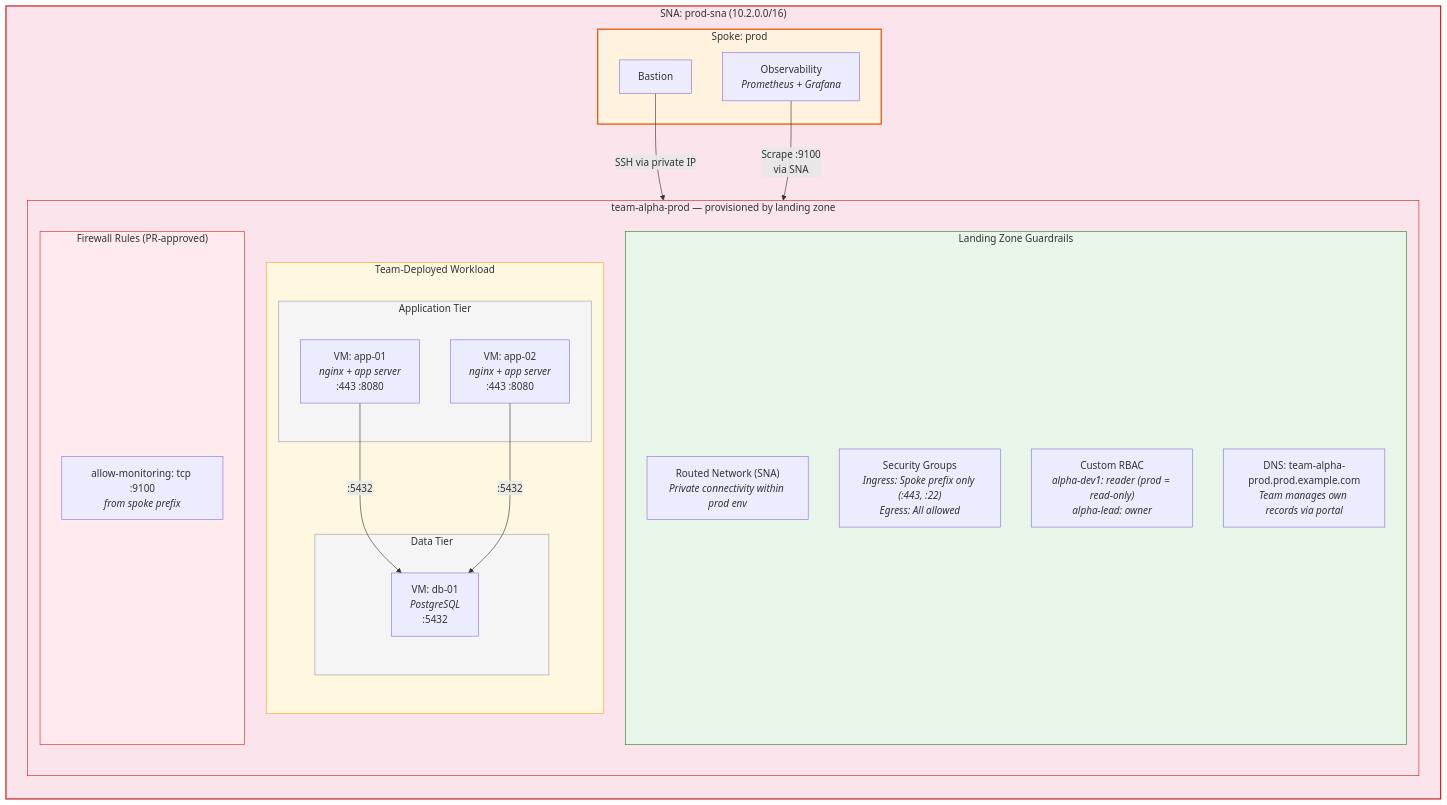
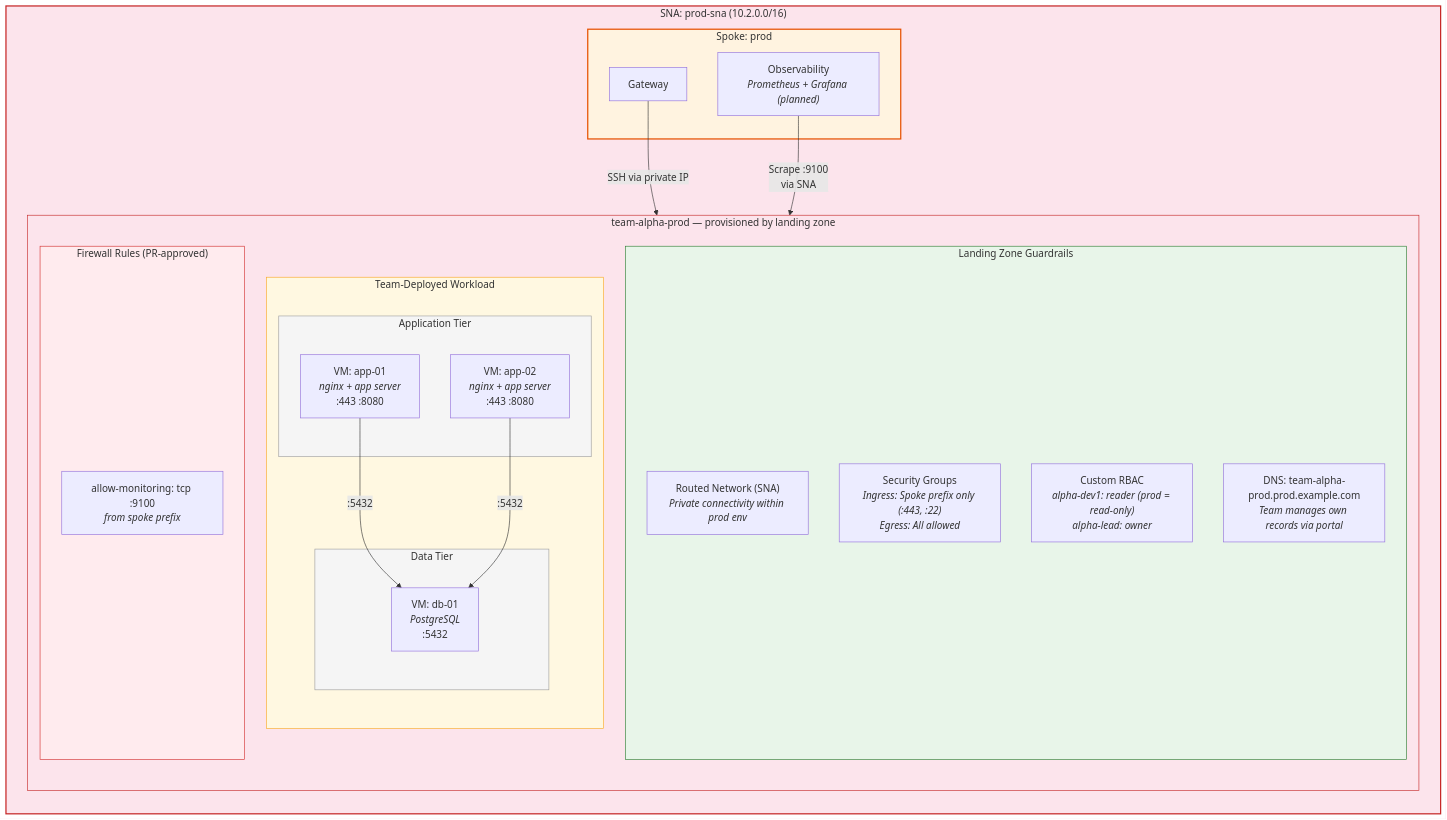
One commit to Liquid-Reply/stackit-landingzone changed the tenth of 12 diagrams in docs/architecture.md. Above: the diagram before and after it, drawn with Mermaid. The commit also changed other lines of this file and 40 other files, not shown here.

````diff
--- a/docs/architecture.md
+++ b/docs/architecture.md
@@ -399,50 +399,50 @@
 ```mermaid
 graph TB
     subgraph sna["SNA: prod-sna (10.2.0.0/16)"]
         direction TB
 
         subgraph spoke["Spoke: prod"]
-            bastion_h["Bastion"]
-            prom_h["Observability<br/><i>Prometheus + Grafana</i>"]
+            bastion_h["Gateway"]
+            prom_h["Observability<br/><i>Prometheus + Grafana (planned)</i>"]
         end
 
         subgraph project["team-alpha-prod &mdash; provisioned by landing zone"]
             direction TB
 
             subgraph guardrails["Landing Zone Guardrails"]
                 net["Routed Network (SNA)<br/><i>Private connectivity within prod env</i>"]
                 sg["Security Groups<br/><i>Ingress: Spoke prefix only (:443, :22)</i><br/><i>Egress: All allowed</i>"]
                 rbac["Custom RBAC<br/><i>alpha-dev1: reader (prod = read-only)</i><br/><i>alpha-lead: owner</i>"]
                 dns_zone["DNS: team-alpha-prod.prod.example.com<br/><i>Team manages own records via portal</i>"]
             end
 
             subgraph workload["Team-Deployed Workload"]
                 direction TB
                 subgraph app_tier["Application Tier"]
                     vm1["VM: app-01<br/><i>nginx + app server</i><br/>:443 :8080"]
                     vm2["VM: app-02<br/><i>nginx + app server</i><br/>:443 :8080"]
                 end
                 subgraph data_tier["Data Tier"]
                     db["VM: db-01<br/><i>PostgreSQL</i><br/>:5432"]
                 end
                 vm1 & vm2 -->|":5432"| db
             end
 
             subgraph fw_rules["Firewall Rules (PR-approved)"]
                 fw1["allow-monitoring: tcp :9100<br/><i>from spoke prefix</i>"]
             end
         end
     end
 
     bastion_h -->|"SSH via private IP"| net
     prom_h -->|"Scrape :9100<br/>via SNA"| fw1
 
     style sna fill:#fce4ec,stroke:#c62828,stroke-width:2px
     style spoke fill:#fff3e0,stroke:#e65100,stroke-width:2px
     style project fill:#fce4ec,stroke:#c62828,stroke-width:1px
     style guardrails fill:#e8f5e9,stroke:#2e7d32,stroke-width:1px
     style workload fill:#fff8e1,stroke:#f9a825,stroke-width:1px
     style fw_rules fill:#ffebee,stroke:#d32f2f,stroke-width:1px
     style app_tier fill:#f5f5f5,stroke:#9e9e9e,stroke-width:1px
     style data_tier fill:#f5f5f5,stroke:#9e9e9e,stroke-width:1px
 ```
````
